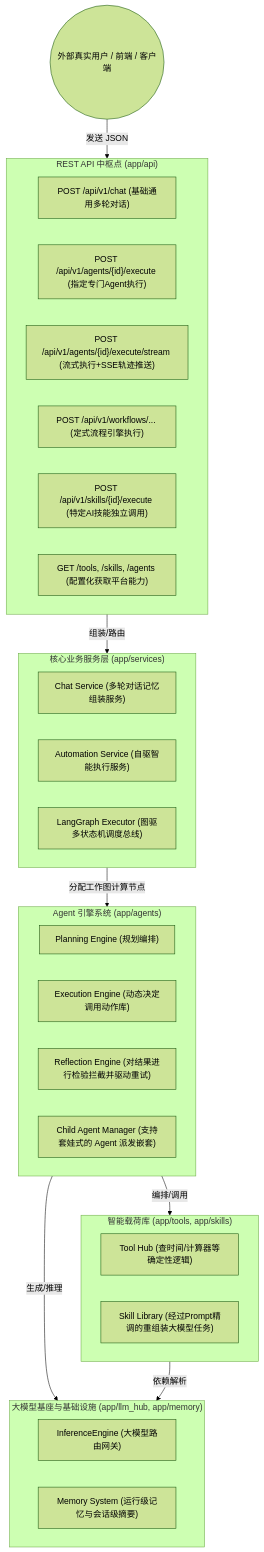
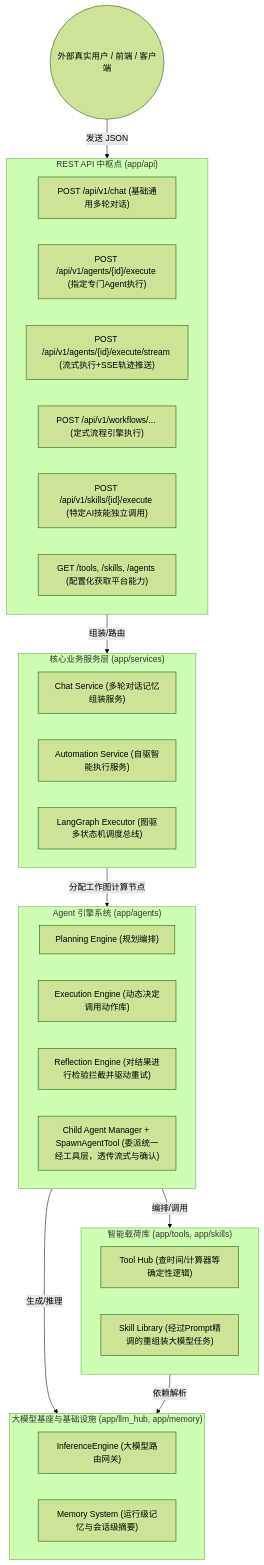
Before and after one commit to HokageYeah/ai-agent: the first of 4 diagrams in README.md, drawn with Mermaid (forest theme). The commit also changed other lines of this file and 92 other files, not shown here.

Commit message:
1. 子 Agent 委派与事件身份修复：修正嵌套委派时 SSE 事件中 sub_agent_id 被错误覆盖的问题，order_agent 委派给 general_agent 时前端能正确显示「通用助手」身份。 2. 执行顺序与流式事件对齐：通过 on_step_complete 实时回调，在每步执行完立即推送 tool_complete/delegate_complete，保证 SSE 事件顺序与「先查库再委派」的计划执行顺序一致，并补充关键日志与注释便于调测。

````diff
--- a/README.md
+++ b/README.md
@@ -71,50 +71,50 @@
 ```mermaid
 graph TD
     %% 用户层
     User((外部真实用户 / 前端 / 客户端))
     
     %% API 接口层
     subgraph APILayer ["REST API 中枢点 (app/api)"]
         API_Chat["POST /api/v1/chat (基础通用多轮对话)"]
         API_Agent["POST /api/v1/agents/{id}/execute (指定专门Agent执行)"]
         API_AgentStream["POST /api/v1/agents/{id}/execute/stream (流式执行+SSE轨迹推送)"]
         API_Workflow["POST /api/v1/workflows/... (定式流程引擎执行)"]
         API_Skill["POST /api/v1/skills/{id}/execute (特定AI技能独立调用)"]
         API_Config["GET /tools, /skills, /agents (配置化获取平台能力)"]
     end
     
     %% 服务层
     subgraph ServiceLayer ["核心业务服务层 (app/services)"]
         ChatService["Chat Service (多轮对话记忆组装服务)"]
         AutomationService["Automation Service (自驱智能执行服务)"]
         LangGraph["LangGraph Executor (图驱多状态机调度总线)"]
     end
     
     %% Agent 引擎层
     subgraph AgentEngine ["Agent 引擎系统 (app/agents)"]
         Planning["Planning Engine (规划编排)"]
         Execution["Execution Engine (动态决定调用动作库)"]
         Reflection["Reflection Engine (对结果进行检验拦截并驱动重试)"]
-        ChildMgr["Child Agent Manager (支持套娃式的 Agent 派发嵌套)"]
+        ChildMgr["Child Agent Manager + SpawnAgentTool (委派统一经工具层，透传流式与确认)"]
     end
     
     %% 技能库与工具库
     subgraph CapabilityLayer ["智能载荷库 (app/tools, app/skills)"]
         ToolHub["Tool Hub (查时间/计算器等确定性逻辑)"]
         SkillManager["Skill Library (经过Prompt精调的重组装大模型任务)"]
     end
     
     %% 核心基础设施
     subgraph InfraLayer ["大模型基座与基础设施 (app/llm_hub, app/memory)"]
         LLMHub["InferenceEngine (大模型路由网关)"]
         Memory["Memory System (运行级记忆与会话级摘要)"]
     end
     
     %% 数据流向
     User -->|发送 JSON| APILayer
     APILayer -->|组装/路由| ServiceLayer
     ServiceLayer -->|分配工作图计算节点| AgentEngine
     AgentEngine -->|编排/调用| CapabilityLayer
     AgentEngine -->|生成/推理| InfraLayer
     CapabilityLayer -->|依赖解析| InfraLayer
 ```
````
